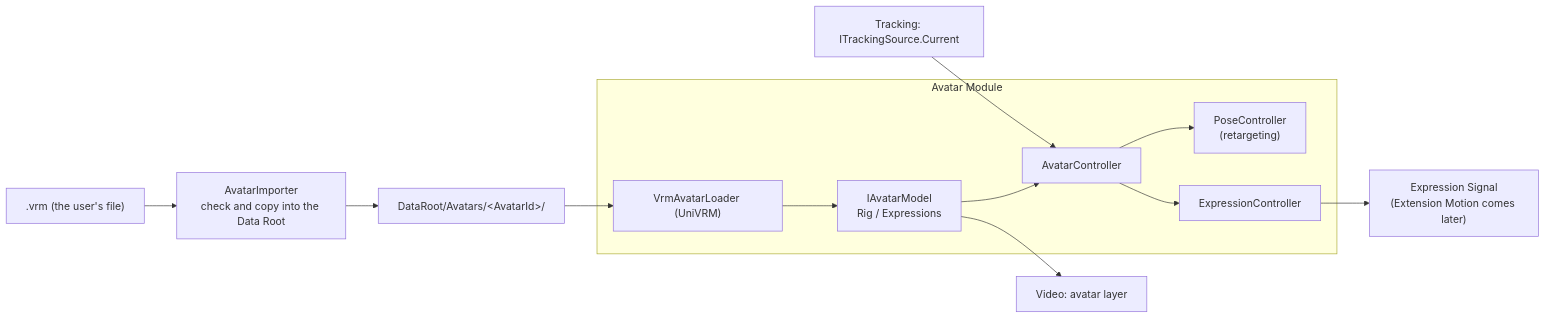
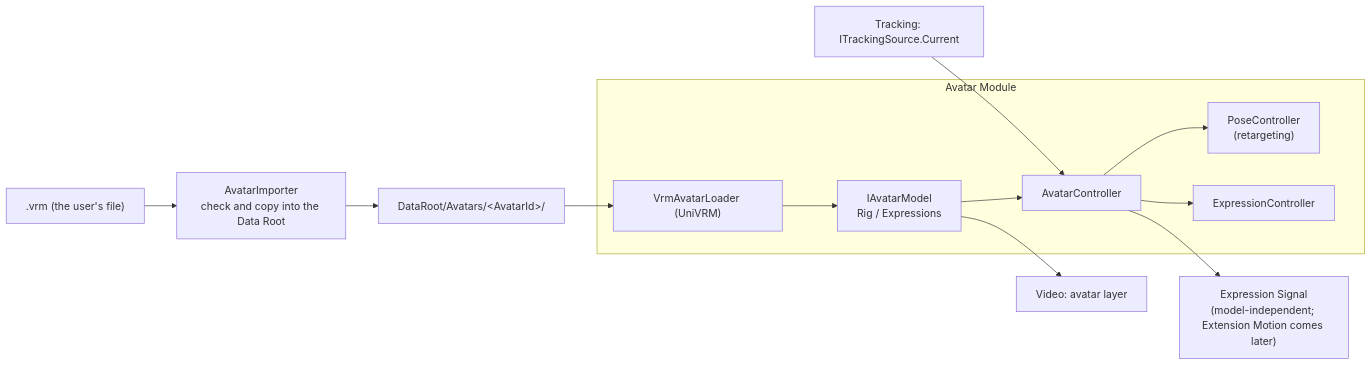
One commit to Yupopyoi/virtual-vessel-studio changed the first of 2 diagrams in docs/en/detailed-design/avatar.md. Above: the diagram before and after it, drawn with Mermaid. The commit also changed other lines of this file and 1 other file, not shown here.

First line of the commit message:
docs: record the Expression Signal and the alignment with system design

````diff
--- a/docs/en/detailed-design/avatar.md
+++ b/docs/en/detailed-design/avatar.md
@@ -32,17 +32,17 @@
 ```mermaid
 flowchart LR
     File[".vrm (the user's file)"] --> Import["AvatarImporter<br/>check and copy into the Data Root"]
     Import --> Store["DataRoot/Avatars/&lt;AvatarId&gt;/"]
     Store --> Loader["VrmAvatarLoader (UniVRM)"]
 
     subgraph Avatar["Avatar Module"]
         Loader --> Runtime["IAvatarModel<br/>Rig / Expressions"]
         Runtime --> Ctrl["AvatarController"]
         Ctrl --> Pose["PoseController<br/>(retargeting)"]
         Ctrl --> Expr["ExpressionController"]
     end
 
     Tracking["Tracking: ITrackingSource.Current"] --> Ctrl
-    Expr --> Signal["Expression Signal<br/>(Extension Motion comes later)"]
+    Ctrl --> Signal["Expression Signal<br/>(model-independent; Extension Motion comes later)"]
     Runtime --> Layer["Video: avatar layer"]
 ```
````
